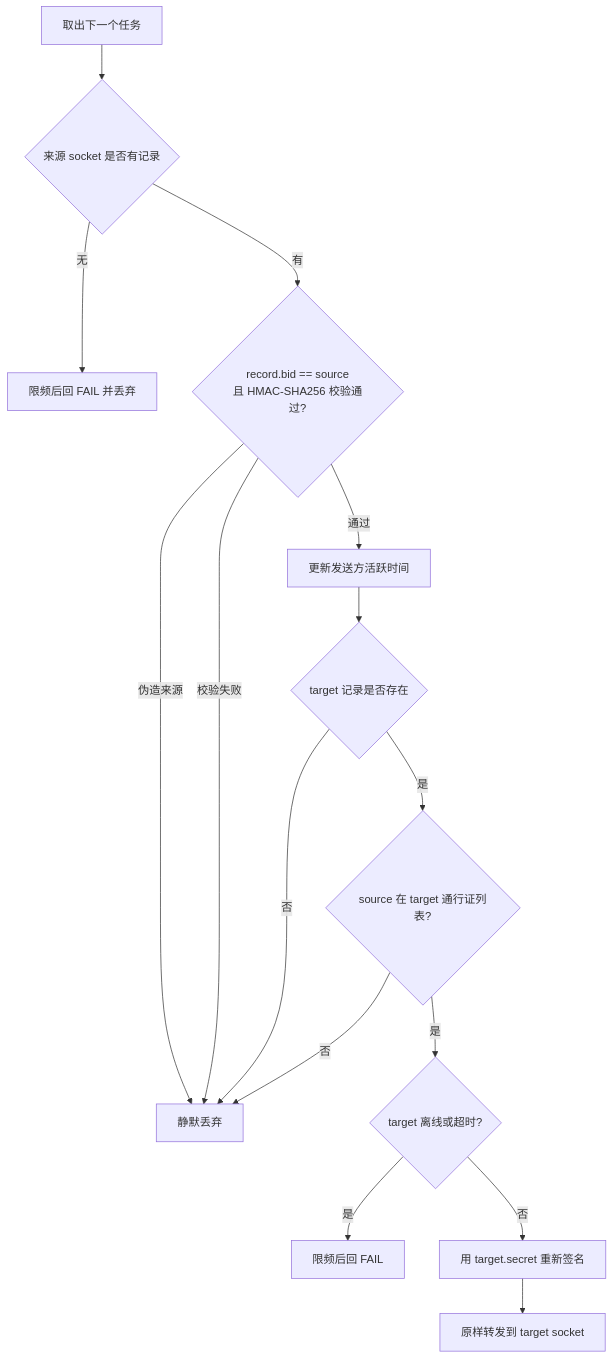
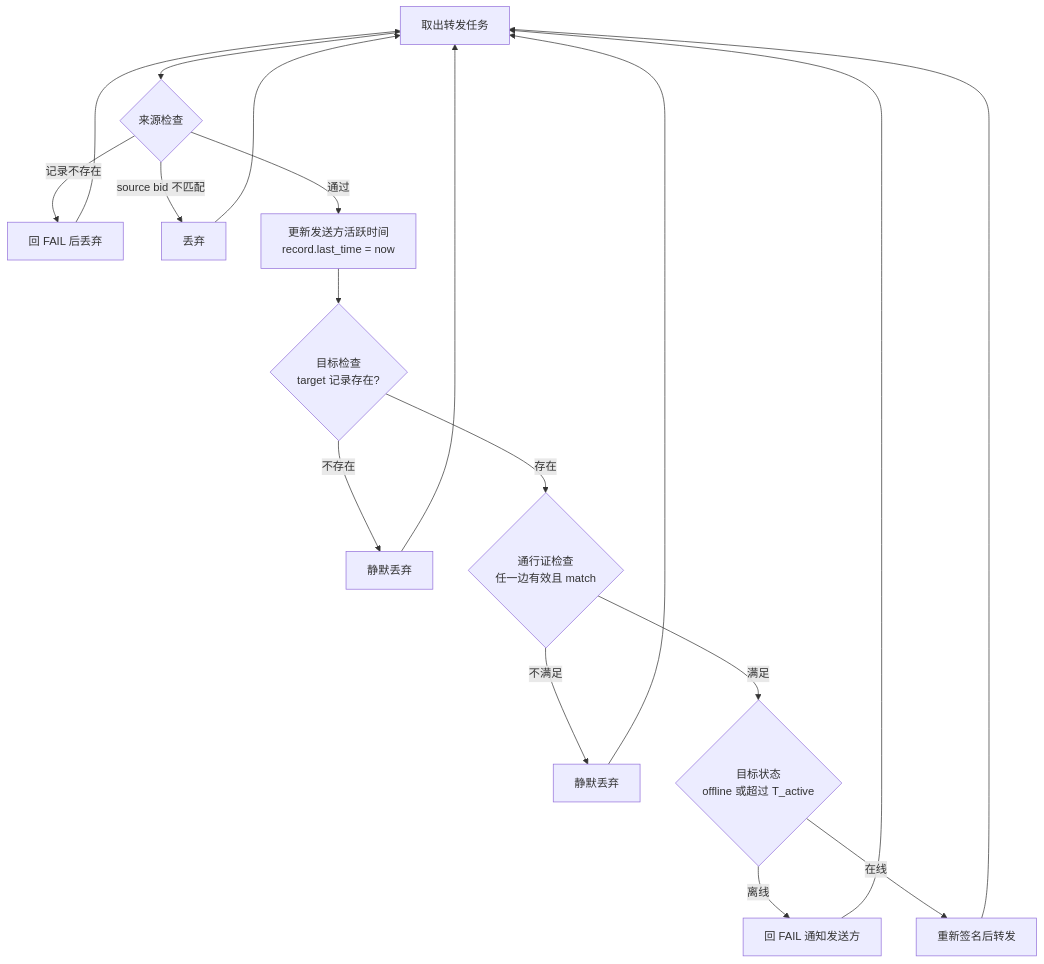
One commit to moky/magpie changed the third of 3 diagrams in docs/architecture.md. Above: the diagram before and after it, drawn with Mermaid. The commit also changed other lines of this file and 9 other files, not shown here.

Commit message:
last_noop_time

````diff
--- a/docs/architecture.md
+++ b/docs/architecture.md
@@ -152,17 +128,20 @@
 ```mermaid
-flowchart TD
-    G["取出下一个任务"] --> S1{"来源 socket 是否有记录"}
-    S1 -->|"无"| U1["限频后回 FAIL 并丢弃"]
-    S1 -->|"有"| S2{"record.bid == source<br/>且 HMAC-SHA256 校验通过?"}
-    S2 -->|"伪造来源"| Drop["静默丢弃"]
-    S2 -->|"校验失败"| Drop
-    S2 -->|"通过"| Upd["更新发送方活跃时间"]
-    Upd --> D1{"target 记录是否存在"}
-    D1 -->|"否"| Drop
-    D1 -->|"是"| A1{"source 在 target 通行证列表?"}
-    A1 -->|"否"| Drop
-    A1 -->|"是"| O1{"target 离线或超时?"}
-    O1 -->|"是"| U2["限频后回 FAIL"]
-    O1 -->|"否"| Sig["用 target.secret 重新签名"]
-    Sig --> Fwd["原样转发到 target socket"]
+flowchart TB
+    A["取出转发任务"] --> B{"来源检查"}
+    B -->|"记录不存在"| C["回 FAIL 后丢弃"]
+    B -->|"source bid 不匹配"| D["丢弃"]
+    B -->|"通过"| Upd["更新发送方活跃时间<br/>record.last_time = now"]
+    Upd --> E{"目标检查<br/>target 记录存在?"}
+    E -->|"不存在"| F["静默丢弃"]
+    E -->|"存在"| G{"通行证检查<br/>任一边有效且 match"}
+    G -->|"不满足"| H["静默丢弃"]
+    G -->|"满足"| I{"目标状态<br/>offline 或超过 T_active"}
+    I -->|"离线"| J["回 FAIL 通知发送方"]
+    I -->|"在线"| K["重新签名后转发"]
+    K --> A
+    C --> A
+    D --> A
+    F --> A
+    H --> A
+    J --> A
 ```
````
